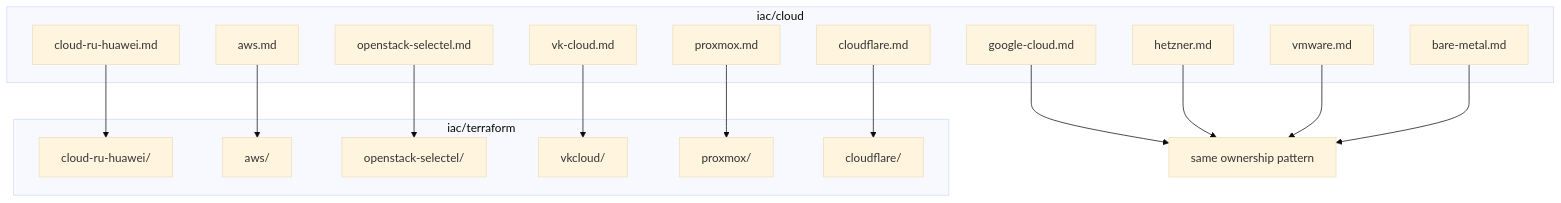
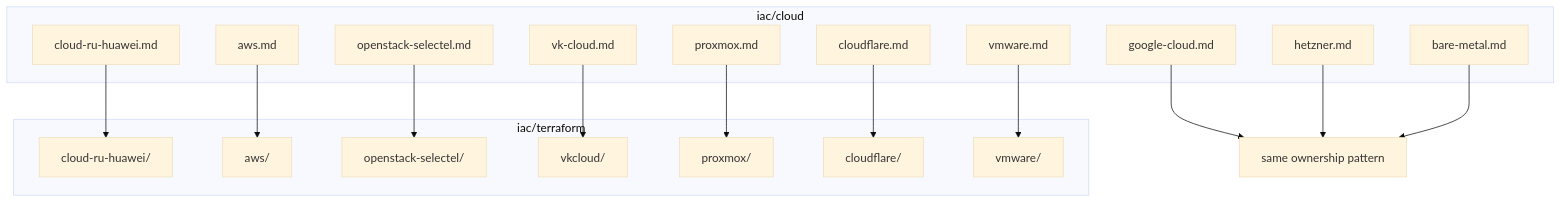
The diagram in iac/cloud/README.md (NarberallGamma/narberall-platform-engineer-lab), drawn with Mermaid (base theme) before and after one commit. The commit also changed other lines of this file and 53 other files, not shown here.

````diff
--- a/iac/cloud/README.md
+++ b/iac/cloud/README.md
@@ -24,33 +26,34 @@
 ```mermaid
 flowchart TB
   subgraph cloud [iac/cloud]
     CR[cloud-ru-huawei.md]
     AWS[aws.md]
     OS[openstack-selectel.md]
     VK[vk-cloud.md]
     PX[proxmox.md]
     CF[cloudflare.md]
     GCP[google-cloud.md]
     HZ[hetzner.md]
     VM[vmware.md]
     BM[bare-metal.md]
   end
   subgraph tf [iac/terraform]
     TFcr[cloud-ru-huawei/]
     TFaws[aws/]
     TFos[openstack-selectel/]
     TFvk[vkcloud/]
     TFpx[proxmox/]
     TFcf[cloudflare/]
+    TFvm[vmware/]
   end
   CR --> TFcr
   AWS --> TFaws
   OS --> TFos
   VK --> TFvk
   PX --> TFpx
   CF --> TFcf
+  VM --> TFvm
   GCP --> Pattern[same ownership pattern]
   HZ --> Pattern
-  VM --> Pattern
   BM --> Pattern
 ```
````
